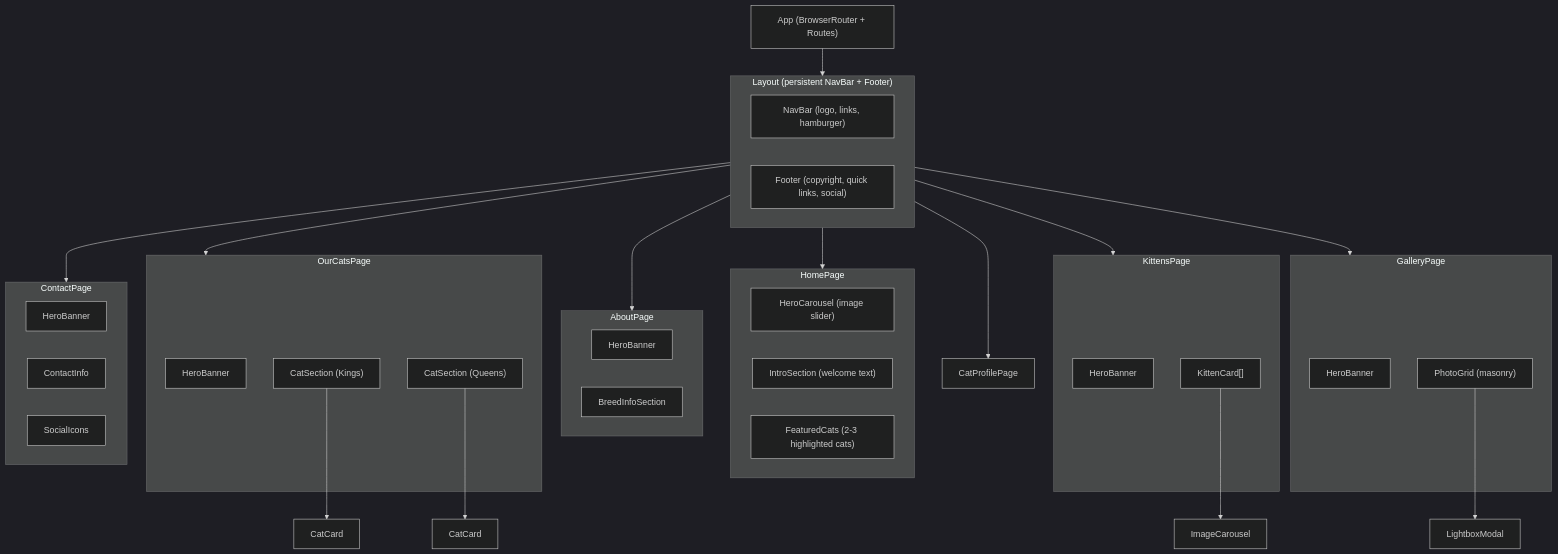
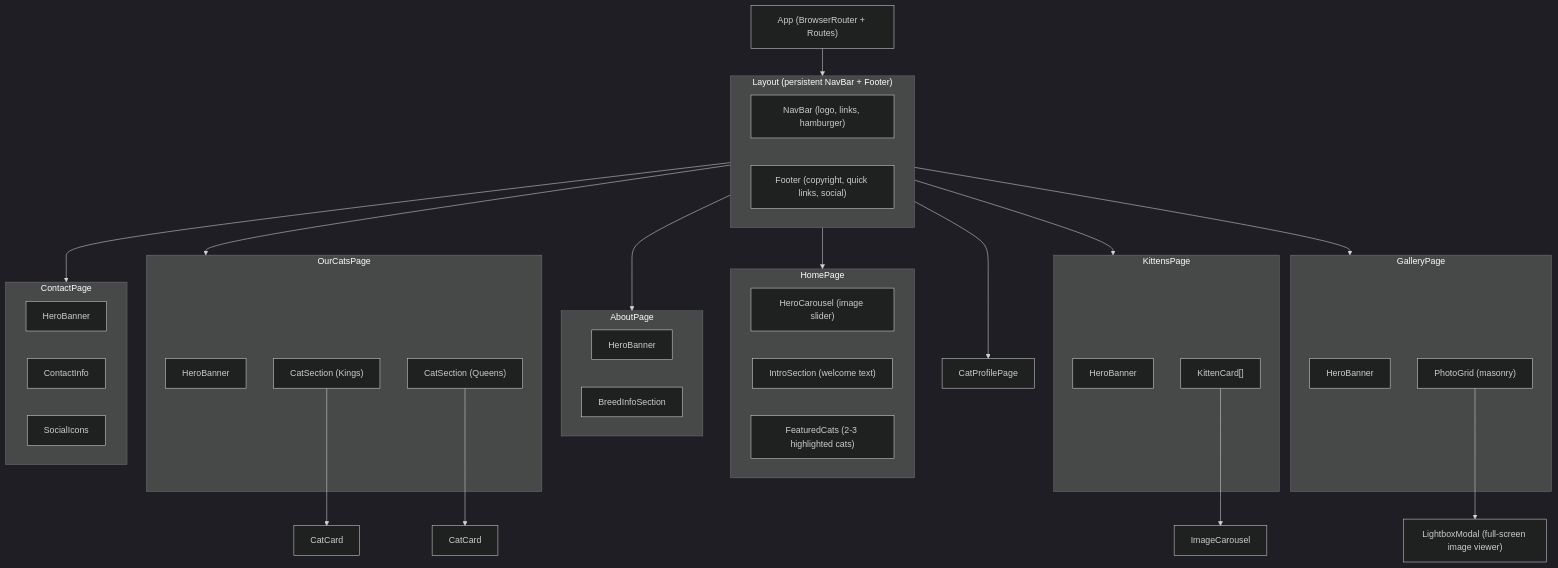
Before and after one commit to clawsun568-arch/multi-agent-cr-demo: the fourth of 4 diagrams in docs/cat-website-design.md, drawn with Mermaid (dark theme). The commit also changed other lines of this file, not shown here.

````diff
--- a/docs/cat-website-design.md
+++ b/docs/cat-website-design.md
@@ -286,58 +307,58 @@
 ```mermaid
 flowchart TD
     App["App (BrowserRouter + Routes)"]
     App --> Layout
 
     subgraph Layout["Layout (persistent NavBar + Footer)"]
         NavBar["NavBar (logo, links, hamburger)"]
         Footer["Footer (copyright, quick links, social)"]
     end
 
     Layout --> HomePage
     Layout --> AboutPage
     Layout --> OurCatsPage
     Layout --> CatProfilePage
     Layout --> KittensPage["AvailableKittensPage"]
     Layout --> GalleryPage
     Layout --> ContactPage
 
     subgraph HomePage
         HeroCarousel["HeroCarousel (image slider)"]
         IntroSection["IntroSection (welcome text)"]
         FeaturedCats["FeaturedCats (2-3 highlighted cats)"]
     end
 
     subgraph AboutPage
         HB1["HeroBanner"]
         BreedInfo["BreedInfoSection"]
     end
 
     subgraph OurCatsPage
         HB2["HeroBanner"]
         KingsSection["CatSection (Kings)"]
         QueensSection["CatSection (Queens)"]
     end
 
     KingsSection --> CatCard1["CatCard"]
     QueensSection --> CatCard2["CatCard"]
 
     subgraph KittensPage
         HB3["HeroBanner"]
         KittenCard["KittenCard[]"]
     end
 
     KittenCard --> ImageCarousel["ImageCarousel"]
 
     subgraph GalleryPage
         HB4["HeroBanner"]
         PhotoGrid["PhotoGrid (masonry)"]
     end
 
-    PhotoGrid --> LightboxModal["LightboxModal"]
+    PhotoGrid --> LightboxModal["LightboxModal (full-screen image viewer)"]
 
     subgraph ContactPage
         HB5["HeroBanner"]
         ContactInfo["ContactInfo"]
         SocialIcons["SocialIcons"]
     end
 ```
````
